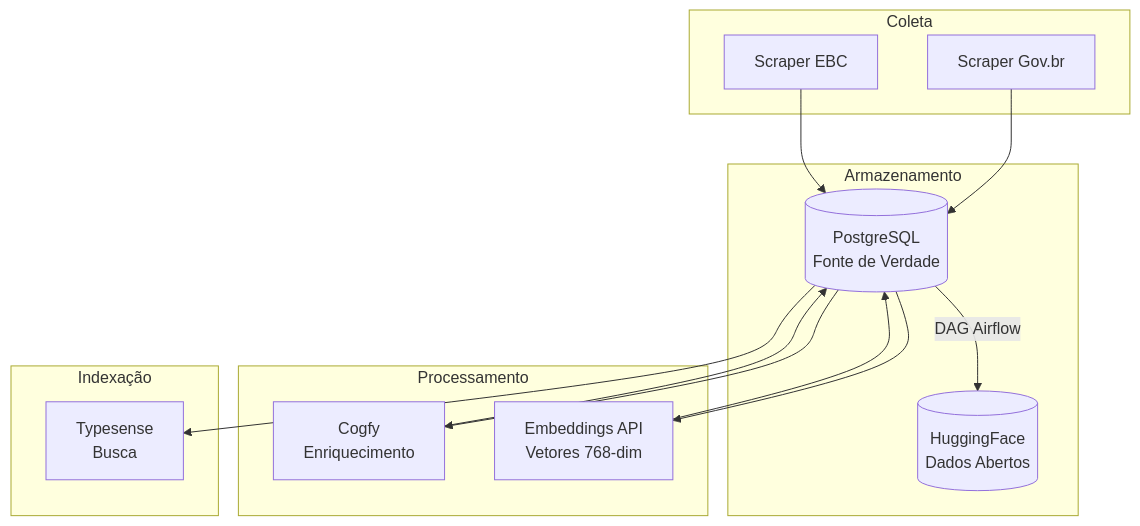
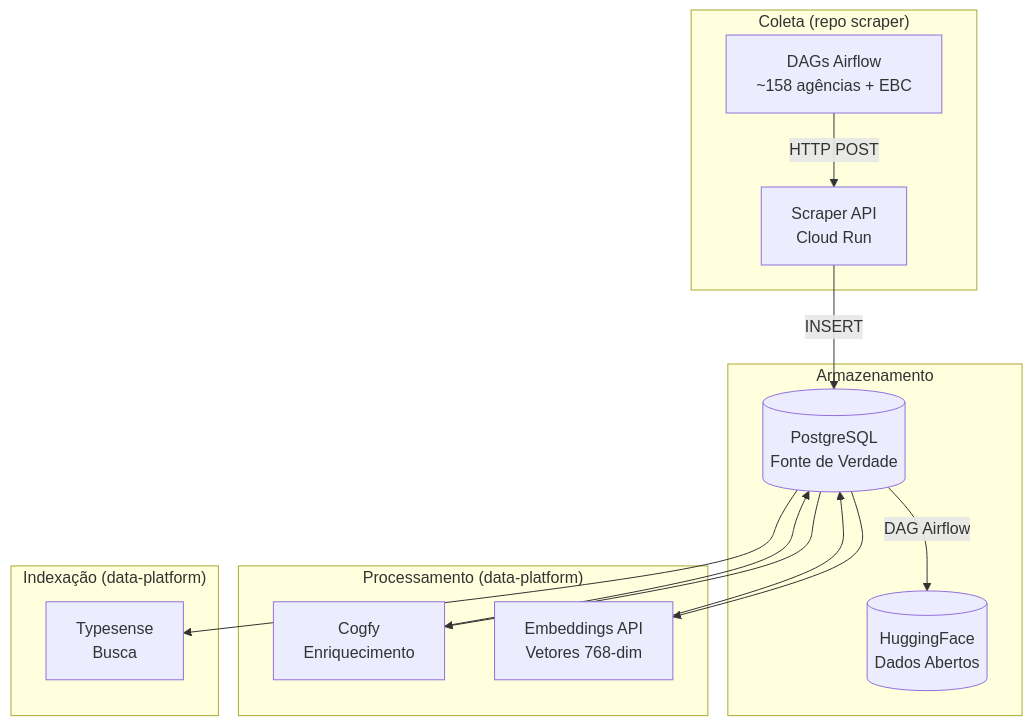
The diagram in docs/modulos/data-platform.md (destaquesgovbr/docs), drawn with Mermaid before and after one commit. The commit also changed other lines of this file and 6 other files, not shown here.

First line of the commit message:
docs: update site after scraper extraction to standalone repo

````diff
--- a/docs/modulos/data-platform.md
+++ b/docs/modulos/data-platform.md
@@ -20,30 +19,30 @@
 ```mermaid
 graph TB
-    subgraph "Coleta"
-        S1[Scraper Gov.br]
-        S2[Scraper EBC]
+    subgraph "Coleta (repo scraper)"
+        S[Scraper API<br/>Cloud Run]
+        DAG_S[DAGs Airflow<br/>~158 agências + EBC]
     end
 
     subgraph "Armazenamento"
         PG[(PostgreSQL<br/>Fonte de Verdade)]
         HF[(HuggingFace<br/>Dados Abertos)]
     end
 
-    subgraph "Processamento"
+    subgraph "Processamento (data-platform)"
         COG[Cogfy<br/>Enriquecimento]
         EMB[Embeddings API<br/>Vetores 768-dim]
     end
 
-    subgraph "Indexação"
+    subgraph "Indexação (data-platform)"
         TS[Typesense<br/>Busca]
     end
 
-    S1 --> PG
-    S2 --> PG
+    DAG_S -->|HTTP POST| S
+    S -->|INSERT| PG
     PG --> COG
     COG --> PG
     PG --> EMB
     EMB --> PG
     PG --> TS
     PG -->|DAG Airflow| HF
 ```
````
